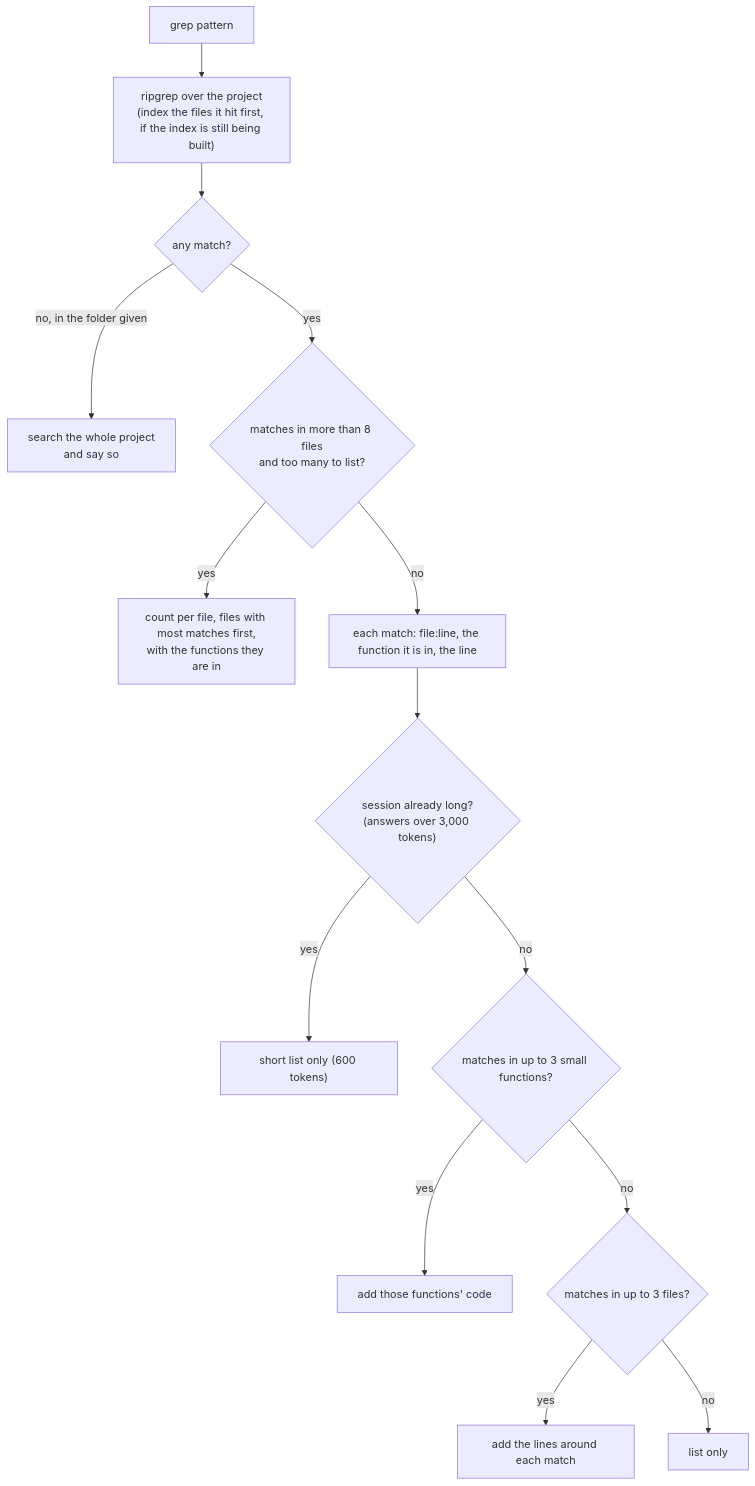
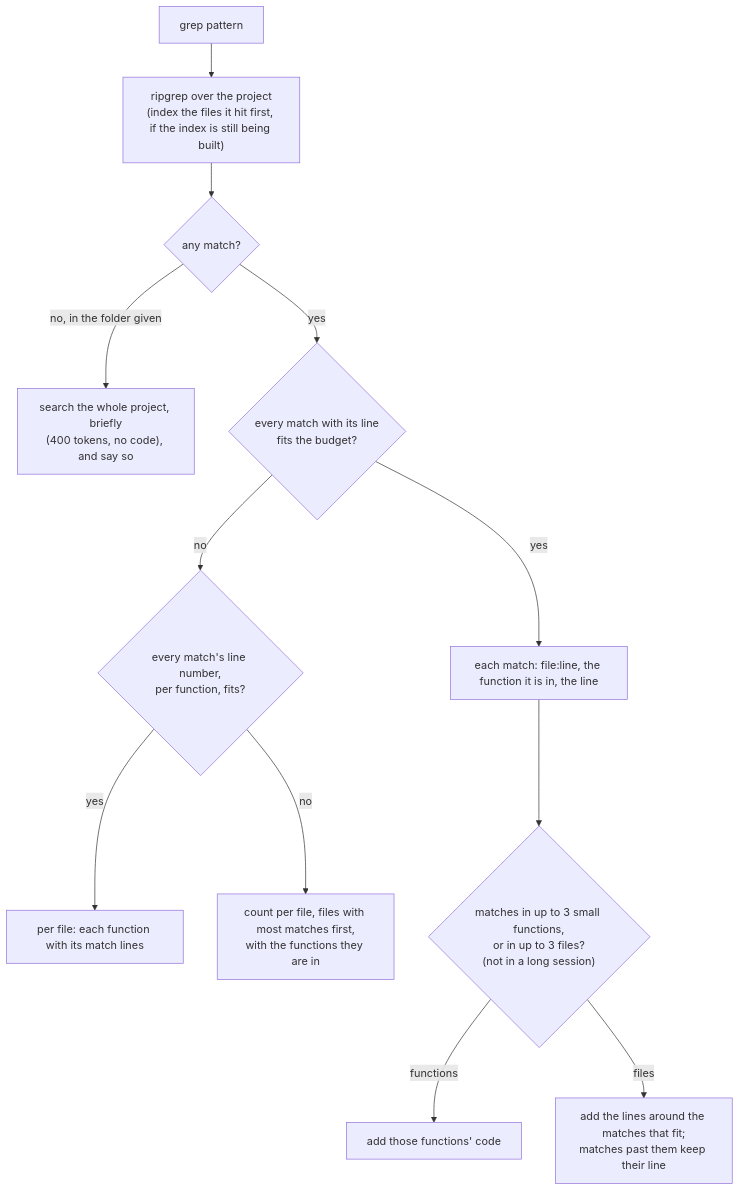
One commit to ubiwdotspace/CSyk changed the third of 3 diagrams in docs/how-it-works.md. Above: the diagram before and after it, drawn with Mermaid. The commit also changed other lines of this file and 3 other files, not shown here.

First line of the commit message:
refactor: grep answers with the most complete of three forms that fits

````diff
--- a/docs/how-it-works.md
+++ b/docs/how-it-works.md
@@ -59,16 +62,14 @@
 ```mermaid
 flowchart TD
     start["grep pattern"] --> search["ripgrep over the project<br/>(index the files it hit first, if the index is still being built)"]
     search --> found{"any match?"}
-    found -->|"no, in the folder given"| wider["search the whole project<br/>and say so"]
-    found -->|yes| many{"matches in more than 8 files<br/>and too many to list?"}
-    many -->|yes| summary["count per file, files with most matches first,<br/>with the functions they are in"]
-    many -->|no| list["each match: file:line, the function it is in, the line"]
-    list --> long{"session already long?<br/>(answers over 3,000 tokens)"}
-    long -->|yes| short["short list only (600 tokens)"]
-    long -->|no| small{"matches in up to 3 small functions?"}
-    small -->|yes| bodies["add those functions' code"]
-    small -->|no| few{"matches in up to 3 files?"}
-    few -->|yes| around["add the lines around each match"]
-    few -->|no| plain["list only"]
+    found -->|"no, in the folder given"| wider["search the whole project, briefly<br/>(400 tokens, no code), and say so"]
+    found -->|yes| all{"every match with its line<br/>fits the budget?"}
+    all -->|yes| list["each match: file:line, the function it is in, the line"]
+    all -->|no| places{"every match's line number,<br/>per function, fits?"}
+    places -->|yes| lines["per file: each function with its match lines"]
+    places -->|no| summary["count per file, files with most matches first,<br/>with the functions they are in"]
+    list --> small{"matches in up to 3 small functions,<br/>or in up to 3 files?<br/>(not in a long session)"}
+    small -->|"functions"| bodies["add those functions' code"]
+    small -->|"files"| around["add the lines around the matches that fit;<br/>matches past them keep their line"]
 ```
````
